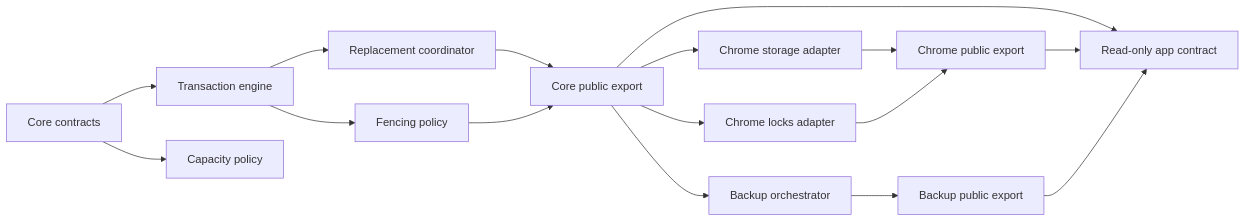
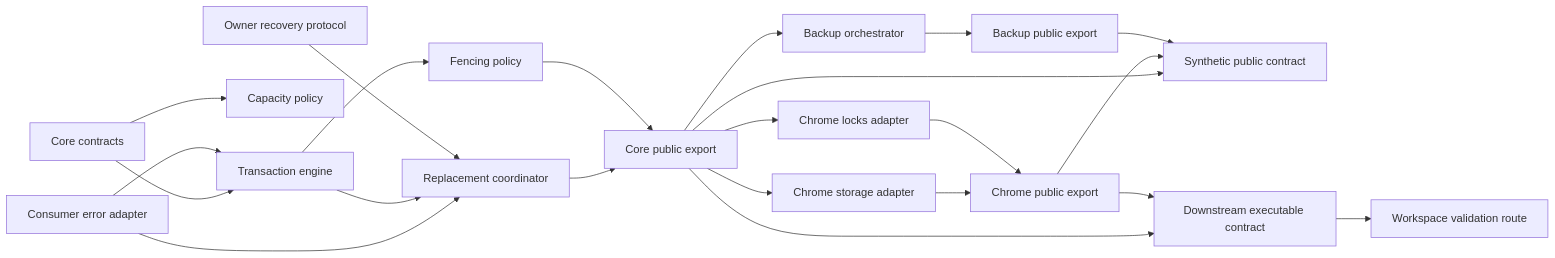
The first of 5 diagrams in .kiro/specs/local-data-library-boundaries/design.md (Huruikagi/pc-build-planner), drawn with Mermaid before and after one commit. The commit also changed other lines of this file and 16 other files, not shown here.

````diff
--- a/.kiro/specs/local-data-library-boundaries/design.md
+++ b/.kiro/specs/local-data-library-boundaries/design.md
@@ -79,18 +87,24 @@
 ```mermaid
 graph LR
     CoreContracts[Core contracts] --> Transaction[Transaction engine]
+    ErrorAdapter[Consumer error adapter] --> Transaction
+    ErrorAdapter --> Replacement
     CoreContracts --> Capacity[Capacity policy]
     Transaction --> Replacement[Replacement coordinator]
     Transaction --> Fencing[Fencing policy]
+    RecoveryProtocol[Owner recovery protocol] --> Replacement
     Replacement --> CorePublic[Core public export]
     Fencing --> CorePublic
     ChromeStorage[Chrome storage adapter] --> ChromePublic[Chrome public export]
     ChromeLocks[Chrome locks adapter] --> ChromePublic
     CorePublic --> ChromeStorage
     CorePublic --> ChromeLocks
     CorePublic --> BackupFlow[Backup orchestrator]
     BackupFlow --> BackupPublic[Backup public export]
-    CorePublic --> AppContract[Read-only app contract]
-    ChromePublic --> AppContract
-    BackupPublic --> AppContract
+    CorePublic --> SyntheticContract[Synthetic public contract]
+    ChromePublic --> SyntheticContract
+    BackupPublic --> SyntheticContract
+    ProductContract[Downstream executable contract] --> ValidationRoute[Workspace validation route]
+    CorePublic --> ProductContract
+    ChromePublic --> ProductContract
 ```
````
